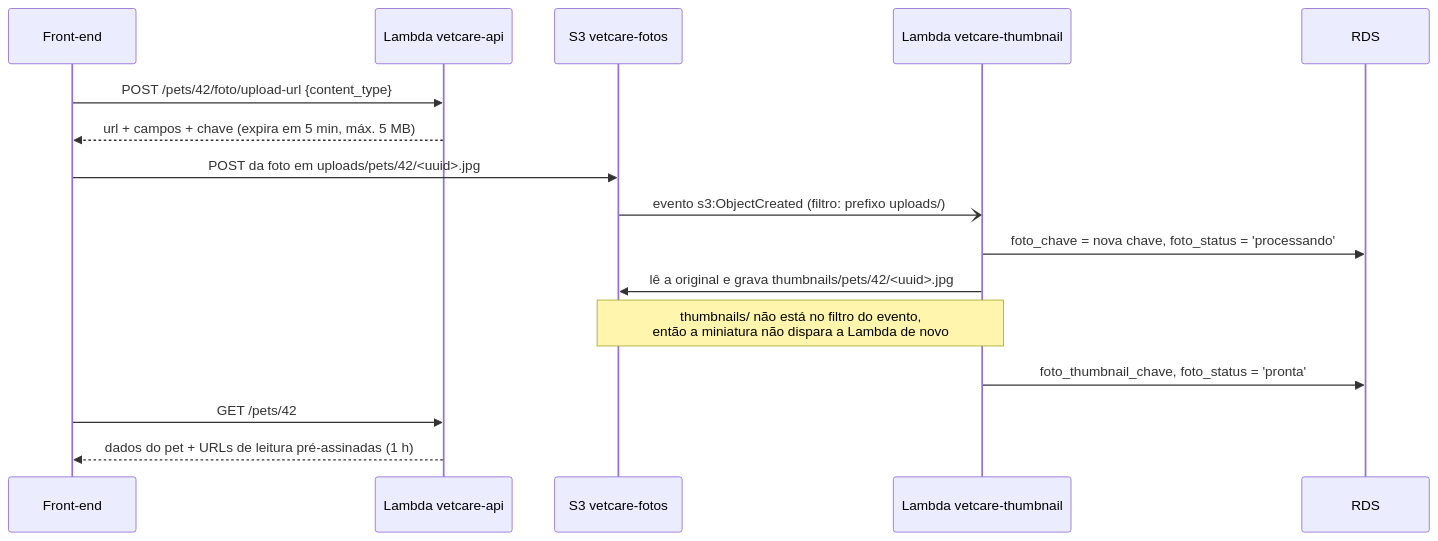
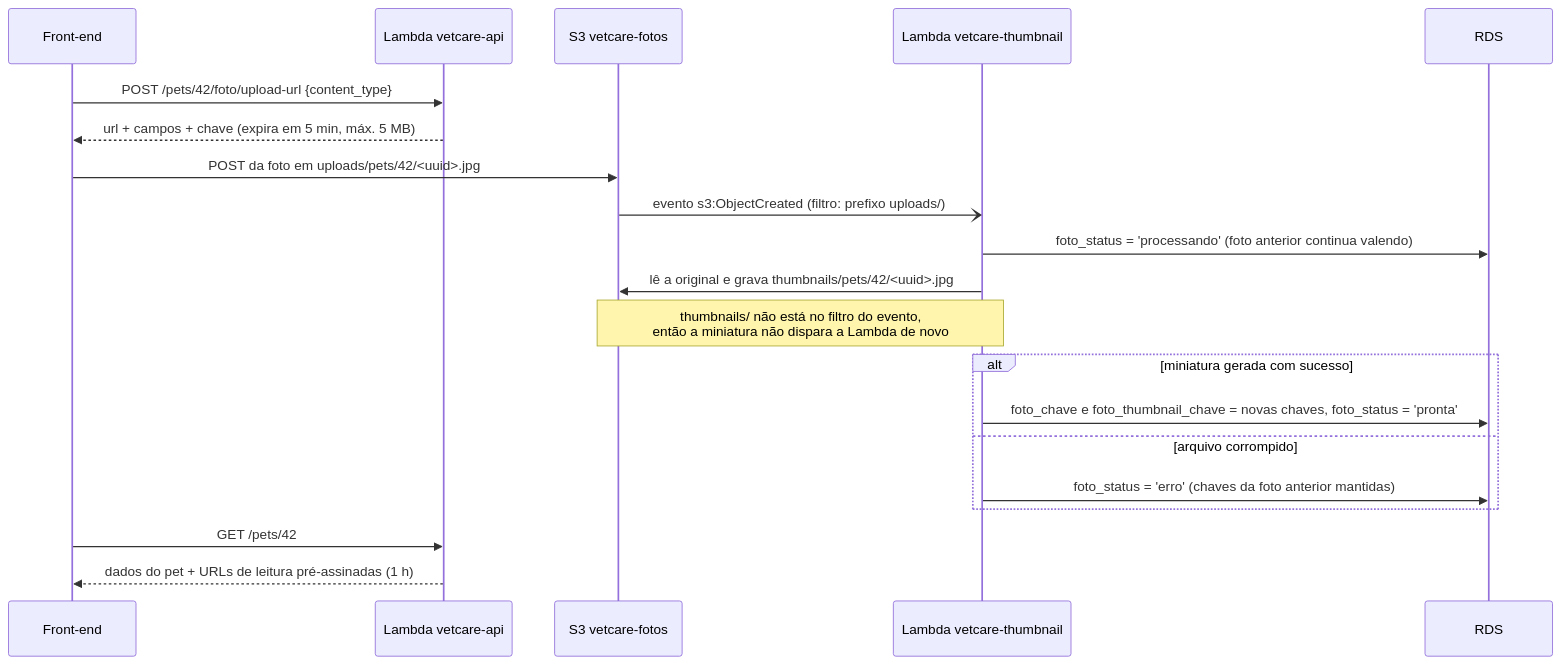
One commit to akog777/P2_CLOUD changed the second of 3 diagrams in specs/design.md. Above: the diagram before and after it, drawn with Mermaid. The commit also changed other lines of this file, not shown here.

````diff
--- a/specs/design.md
+++ b/specs/design.md
@@ -86,19 +86,23 @@
 ```mermaid
 sequenceDiagram
     participant F as Front-end
     participant A as Lambda vetcare-api
     participant S as S3 vetcare-fotos
     participant T as Lambda vetcare-thumbnail
     participant D as RDS
 
     F->>A: POST /pets/42/foto/upload-url {content_type}
     A-->>F: url + campos + chave (expira em 5 min, máx. 5 MB)
     F->>S: POST da foto em uploads/pets/42/<uuid>.jpg
     S-)T: evento s3:ObjectCreated (filtro: prefixo uploads/)
-    T->>D: foto_chave = nova chave, foto_status = 'processando'
+    T->>D: foto_status = 'processando' (foto anterior continua valendo)
     T->>S: lê a original e grava thumbnails/pets/42/<uuid>.jpg
     Note over S,T: thumbnails/ não está no filtro do evento,<br/>então a miniatura não dispara a Lambda de novo
-    T->>D: foto_thumbnail_chave, foto_status = 'pronta'
+    alt miniatura gerada com sucesso
+        T->>D: foto_chave e foto_thumbnail_chave = novas chaves, foto_status = 'pronta'
+    else arquivo corrompido
+        T->>D: foto_status = 'erro' (chaves da foto anterior mantidas)
+    end
     F->>A: GET /pets/42
     A-->>F: dados do pet + URLs de leitura pré-assinadas (1 h)
 ```
````
